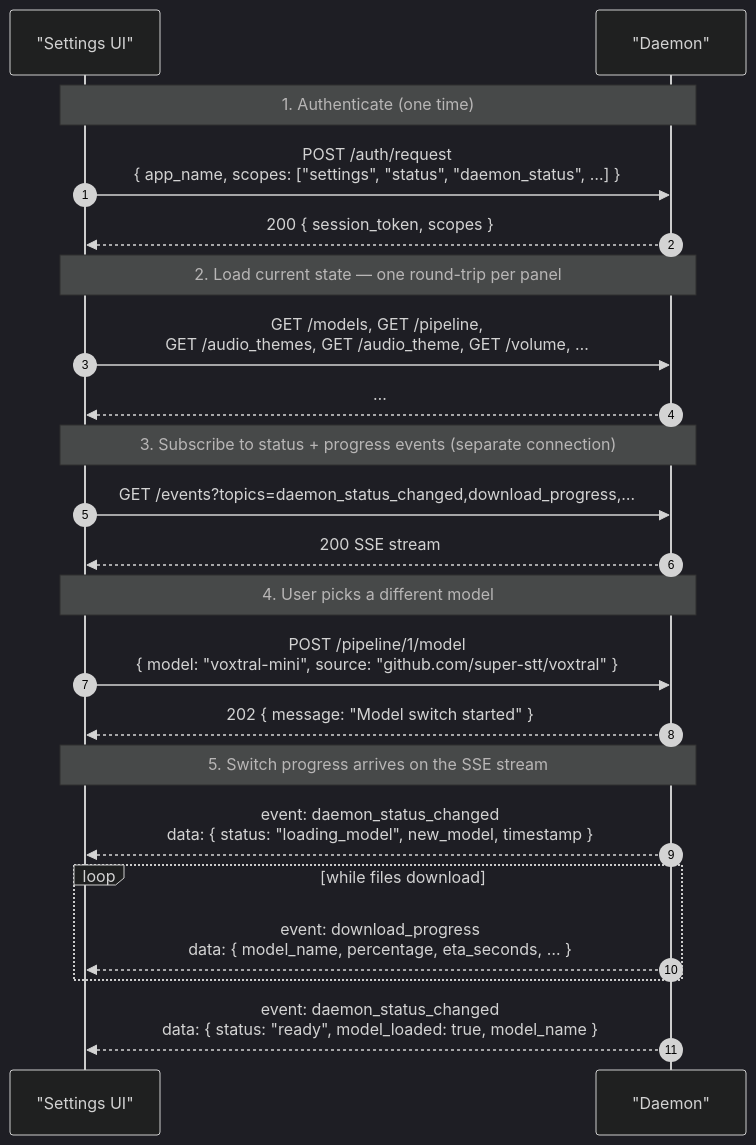
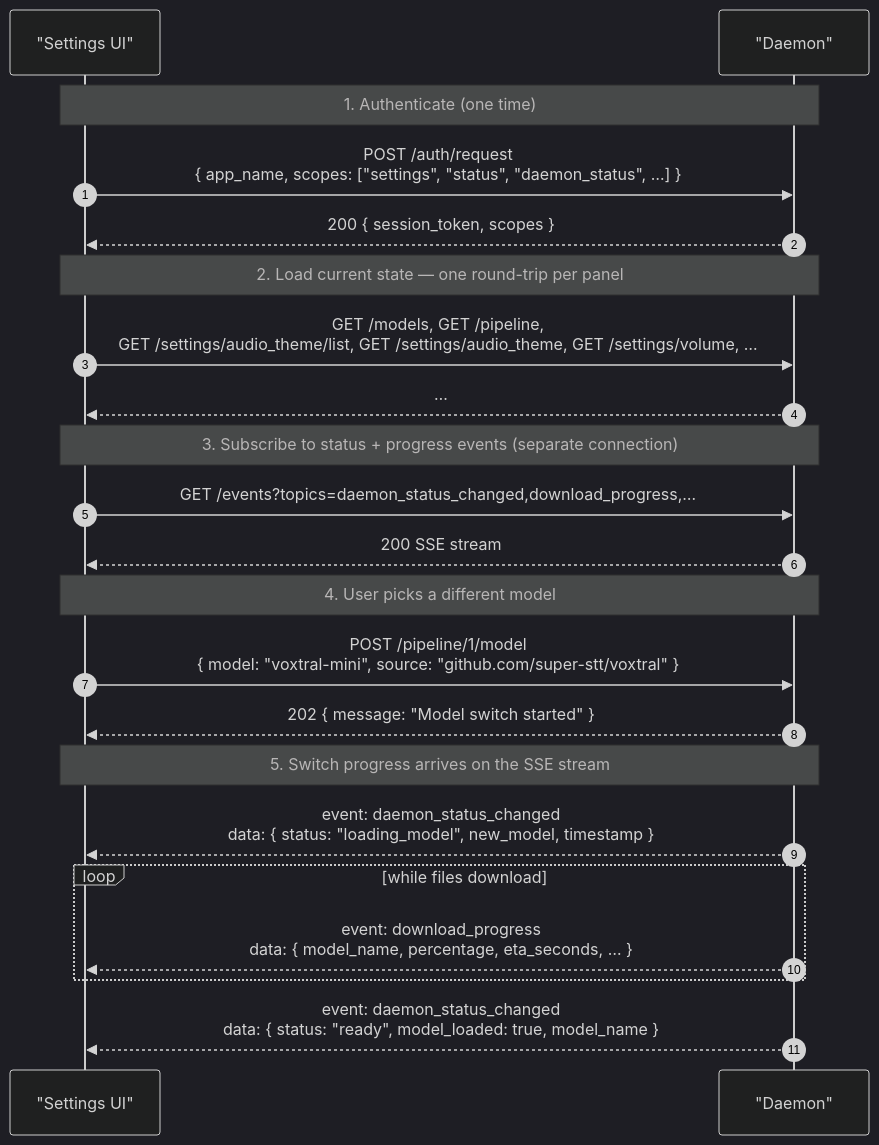
Before and after one commit to jorge-menjivar/super-stt: the diagram in docs/protocol/scopes/settings.md, drawn with Mermaid (dark theme). The commit also changed other lines of this file and 93 other files, not shown here.

````diff
--- a/docs/protocol/scopes/settings.md
+++ b/docs/protocol/scopes/settings.md
@@ -83,29 +83,29 @@
 ```mermaid
 sequenceDiagram
     autonumber
     participant App as "Settings UI"
     participant D as "Daemon"
 
     Note over App,D: 1. Authenticate (one time)
     App->>D: POST /auth/request<br/>{ app_name, scopes: ["settings", "status", "daemon_status", …] }
     D-->>App: 200 { session_token, scopes }
 
     Note over App,D: 2. Load current state — one round-trip per panel
-    App->>D: GET /models, GET /pipeline,<br/>      GET /audio_themes, GET /audio_theme, GET /volume, …
+    App->>D: GET /models, GET /pipeline,<br/>      GET /settings/audio_theme/list, GET /settings/audio_theme, GET /settings/volume, …
     D-->>App: …
 
     Note over App,D: 3. Subscribe to status + progress events (separate connection)
     App->>D: GET /events?topics=daemon_status_changed,download_progress,…
     D-->>App: 200 SSE stream
 
     Note over App,D: 4. User picks a different model
     App->>D: POST /pipeline/1/model<br/>{ model: "voxtral-mini", source: "github.com/super-stt/voxtral" }
     D-->>App: 202 { message: "Model switch started" }
 
     Note over App,D: 5. Switch progress arrives on the SSE stream
     D-->>App: event: daemon_status_changed<br/>data: { status: "loading_model", new_model, timestamp }
     loop while files download
         D-->>App: event: download_progress<br/>data: { model_name, percentage, eta_seconds, … }
     end
     D-->>App: event: daemon_status_changed<br/>data: { status: "ready", model_loaded: true, model_name }
 ```
````
